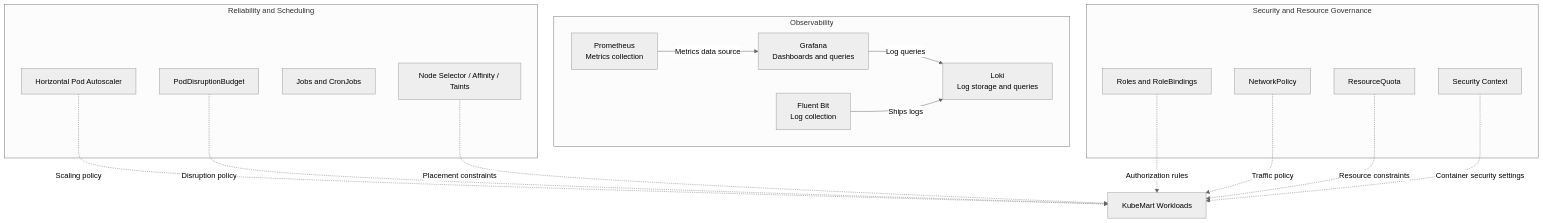
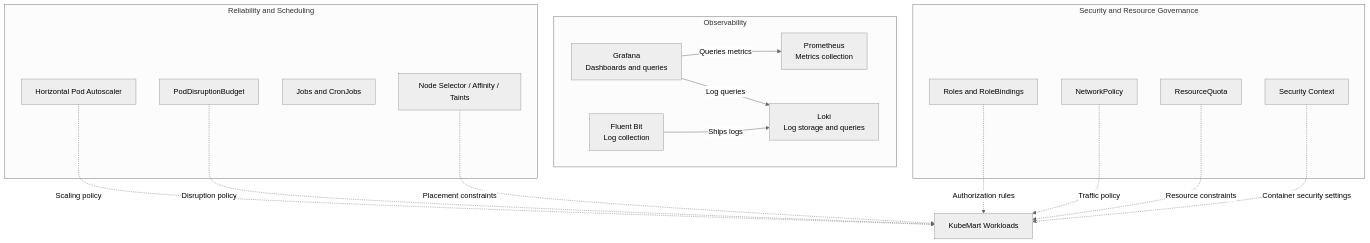
One commit to mhmdhmdbdh2050/kubemart-kubernetes-platform changed the second of 2 diagrams in README.md. Above: the diagram before and after it, drawn with Mermaid (neutral theme).

Commit message:
docs: correct Grafana metrics query direction

````diff
--- a/README.md
+++ b/README.md
@@ -87,37 +87,37 @@
 ```mermaid
 flowchart TB
     subgraph OBS["Observability"]
         PROM["Prometheus<br/>Metrics collection"]
         GRAF["Grafana<br/>Dashboards and queries"]
         FB["Fluent Bit<br/>Log collection"]
         LOKI["Loki<br/>Log storage and queries"]
 
-        PROM -->|"Metrics data source"| GRAF
+        GRAF -->|"Queries metrics"| PROM
         GRAF -->|"Log queries"| LOKI
         FB -->|"Ships logs"| LOKI
     end
 
     subgraph REL["Reliability and Scheduling"]
         HPA["Horizontal Pod Autoscaler"]
         PDB["PodDisruptionBudget"]
         JOB["Jobs and CronJobs"]
         SCHED["Node Selector / Affinity / Taints"]
     end
 
     subgraph SEC["Security and Resource Governance"]
         RBAC["Roles and RoleBindings"]
         NP["NetworkPolicy"]
         QUOTA["ResourceQuota"]
         CTX["Security Context"]
     end
 
     APP["KubeMart Workloads"]
 
     HPA -. "Scaling policy" .-> APP
     PDB -. "Disruption policy" .-> APP
     SCHED -. "Placement constraints" .-> APP
     RBAC -. "Authorization rules" .-> APP
     NP -. "Traffic policy" .-> APP
     QUOTA -. "Resource constraints" .-> APP
     CTX -. "Container security settings" .-> APP
 ```
````
